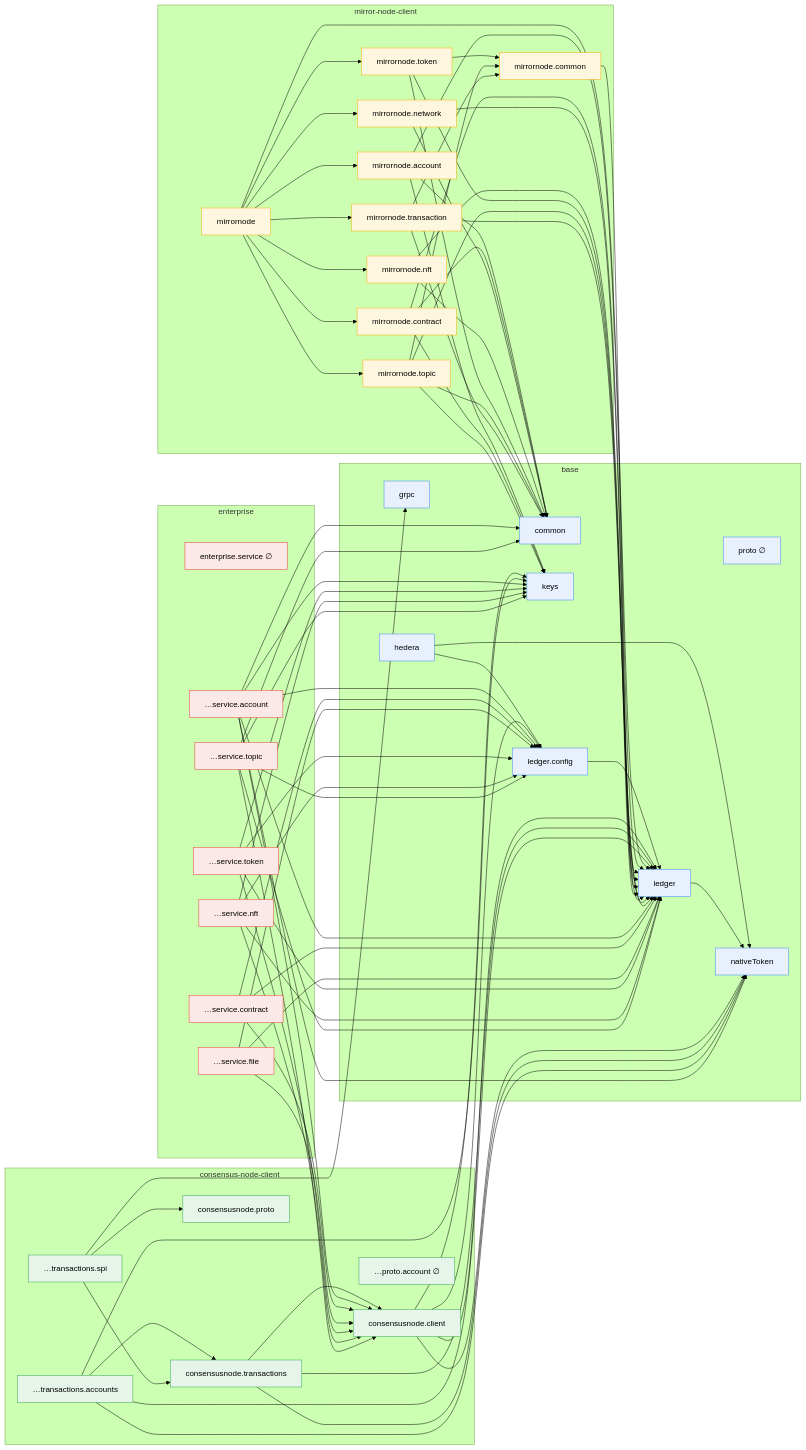
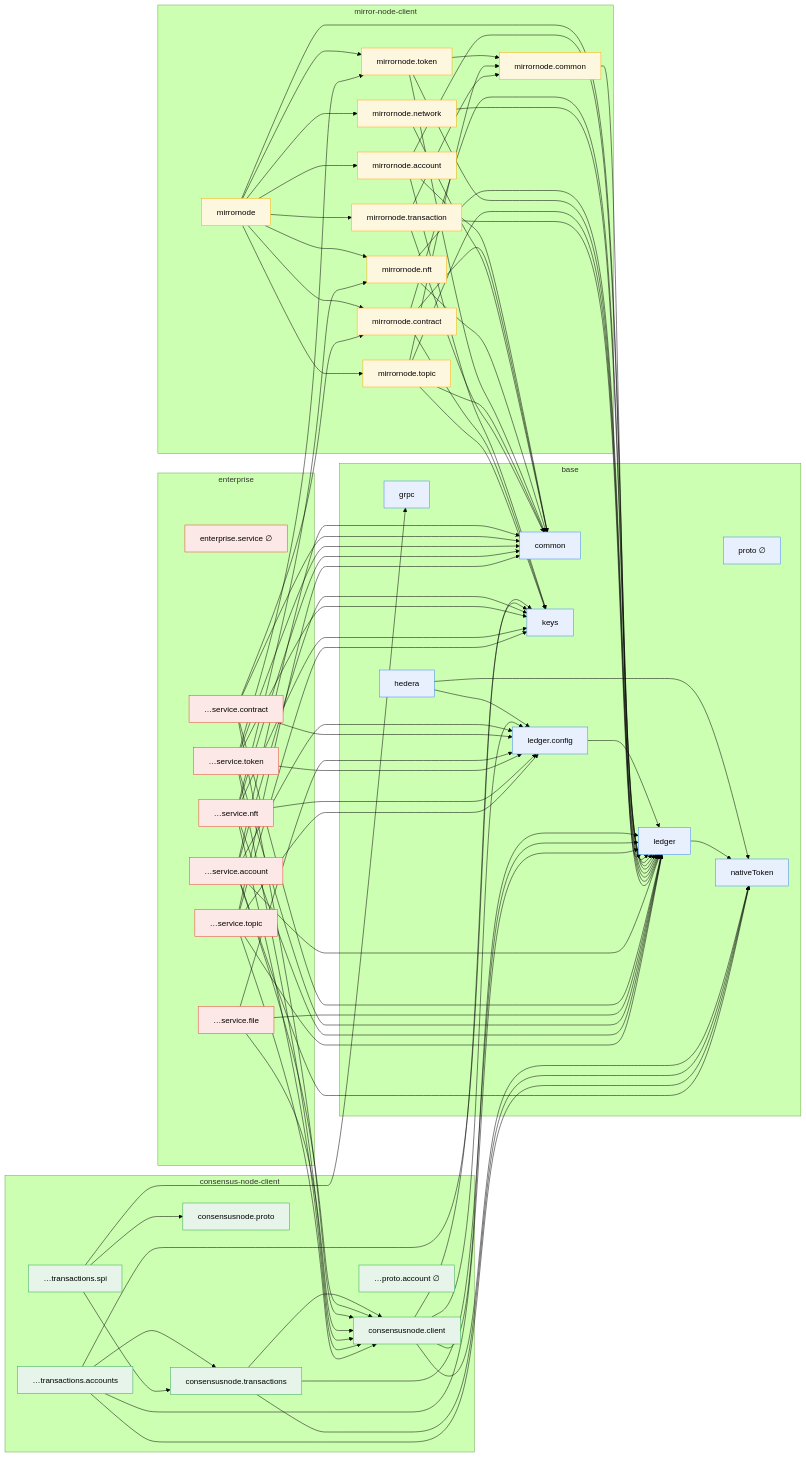
One commit to hendrikebbers/hiero-sdk-v3-prototyping changed the second of 2 diagrams in spec/dependencies.md. Above: the diagram before and after it, drawn with Mermaid (forest theme). The commit also changed other lines of this file, not shown here.

Commit message:
Update dependency graph to include mirror-node-client in enterprise services

```diff
--- a/spec/dependencies.md
+++ b/spec/dependencies.md
@@ -135,20 +136,26 @@
     ent_account --> keys
     ent_account --> nativeToken
     ent_account --> cn_client
+    ent_contract --> common
     ent_contract --> ledger
     ent_contract --> ledger_config
     ent_contract --> cn_client
+    ent_contract --> mn_contract
     ent_file --> ledger
     ent_file --> ledger_config
     ent_file --> cn_client
+    ent_token --> common
     ent_token --> ledger
     ent_token --> ledger_config
     ent_token --> keys
     ent_token --> cn_client
+    ent_token --> mn_token
+    ent_nft --> common
     ent_nft --> ledger
     ent_nft --> ledger_config
     ent_nft --> keys
     ent_nft --> cn_client
+    ent_nft --> mn_nft
     ent_topic --> common
     ent_topic --> ledger
     ent_topic --> ledger_config
```
